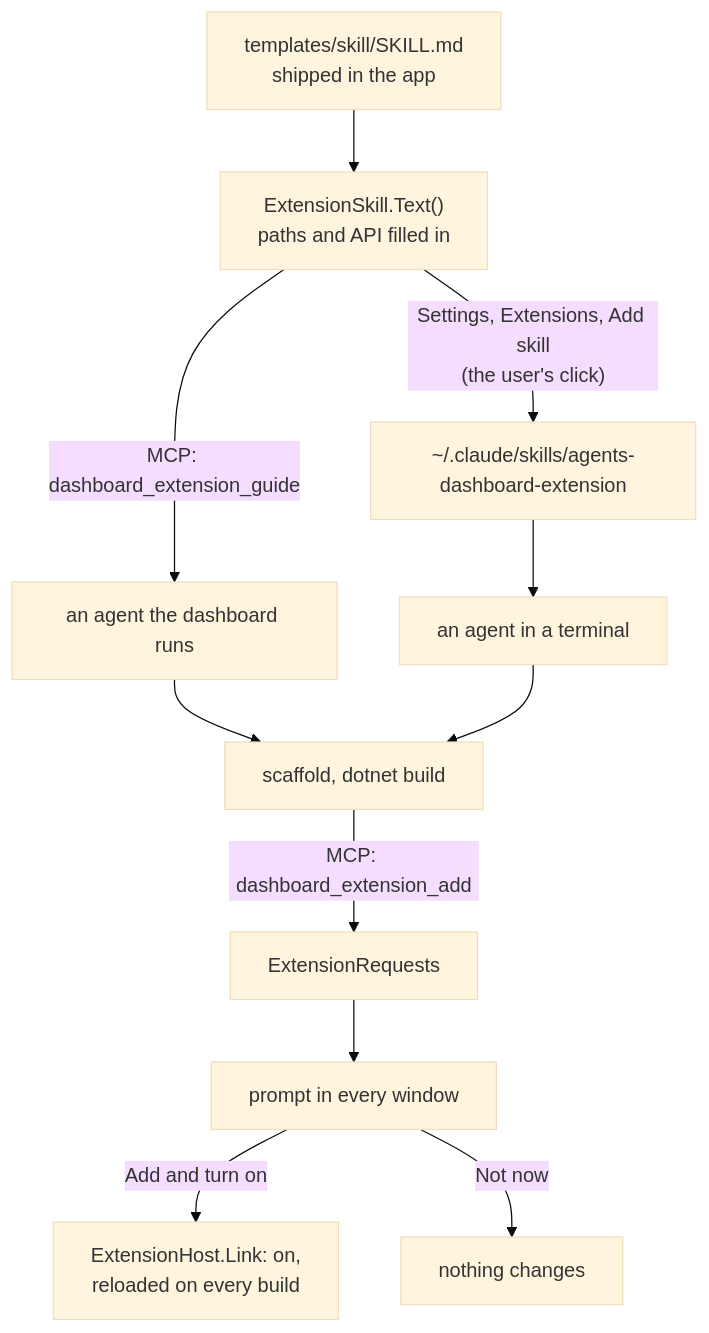
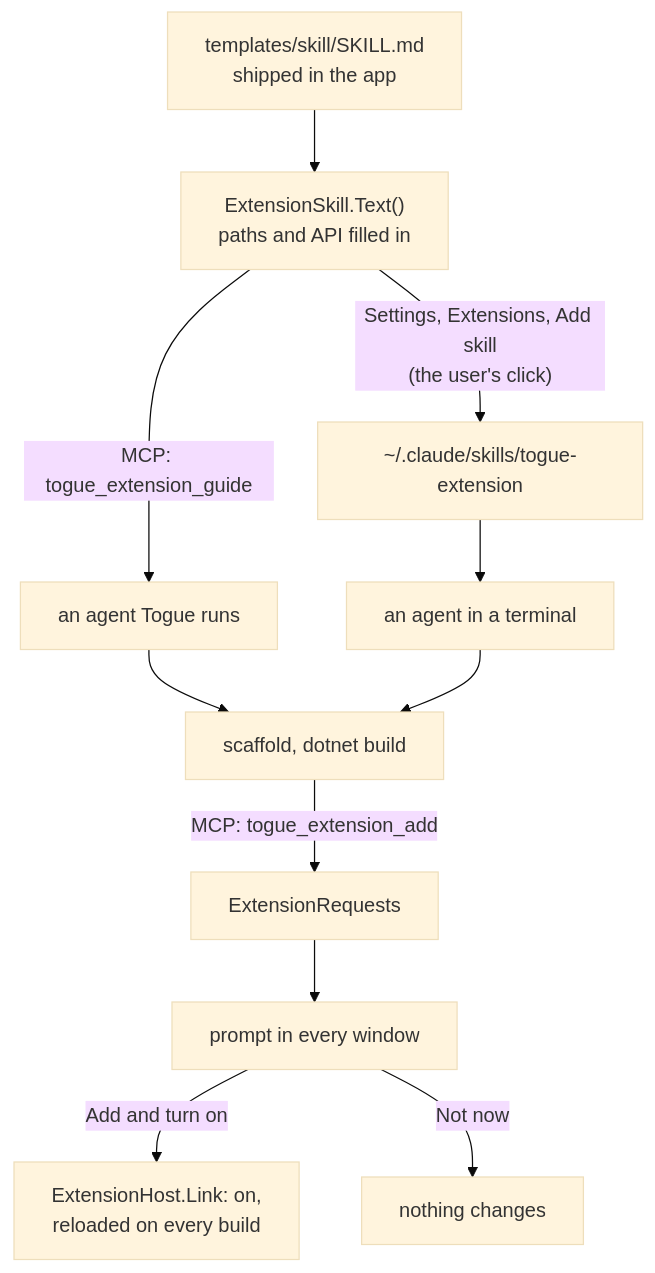
The second of 10 diagrams in docs/extensions.md (BradenTerry/Tog), drawn with Mermaid (base theme) before and after one commit. The commit also changed other lines of this file and 483 other files, not shown here.

First line of the commit message:
Rename the app from Agents Dashboard to Togue

````diff
--- a/docs/extensions.md
+++ b/docs/extensions.md
@@ -43,13 +43,13 @@
 ```mermaid
 flowchart TD
     S["templates/skill/SKILL.md<br/>shipped in the app"] --> R["ExtensionSkill.Text()<br/>paths and API filled in"]
-    R -->|"Settings, Extensions, Add skill<br/>(the user's click)"| K["~/.claude/skills/agents-dashboard-extension"]
-    R -->|"MCP: dashboard_extension_guide"| M["an agent the dashboard runs"]
+    R -->|"Settings, Extensions, Add skill<br/>(the user's click)"| K["~/.claude/skills/togue-extension"]
+    R -->|"MCP: togue_extension_guide"| M["an agent Togue runs"]
     K --> T["an agent in a terminal"]
     M --> B["scaffold, dotnet build"]
     T --> B
-    B -->|"MCP: dashboard_extension_add"| Q["ExtensionRequests"]
+    B -->|"MCP: togue_extension_add"| Q["ExtensionRequests"]
     Q --> P["prompt in every window"]
     P -->|"Add and turn on"| L["ExtensionHost.Link: on,<br/>reloaded on every build"]
     P -->|"Not now"| X["nothing changes"]
 ```
````
